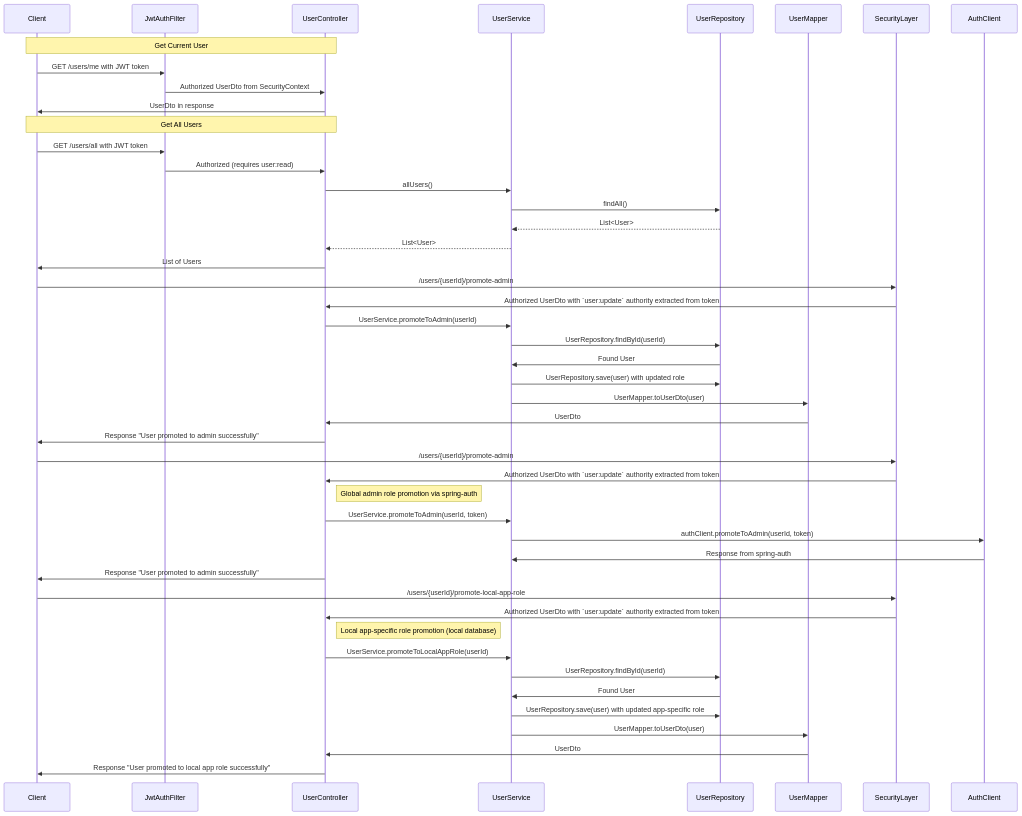
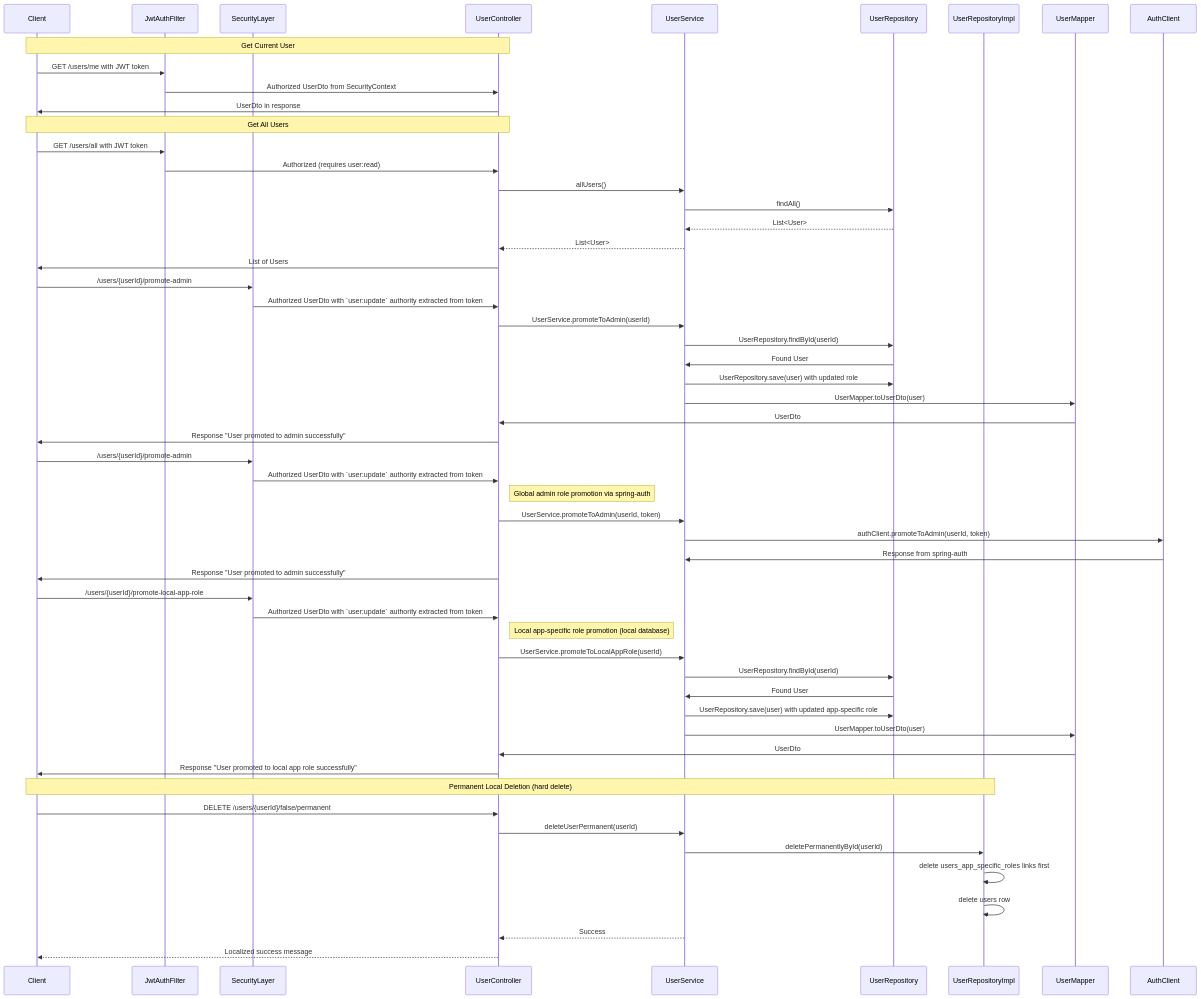
One commit to OrifInformatique/template_frontback changed the fifth of 7 diagrams in doc/process-documentation.md. Above: the diagram before and after it, drawn with Mermaid. The commit also changed other lines of this file and 35 other files, not shown here.

````diff
--- a/doc/process-documentation.md
+++ b/doc/process-documentation.md
@@ -282,51 +273,62 @@
 ```mermaid
 sequenceDiagram
     participant Client
     participant JwtAuthFilter
+    participant SecurityLayer
     participant UserController
     participant UserService
     participant UserRepository
+    participant UserRepositoryImpl
     participant UserMapper
 
     Note over Client,UserController: Get Current User
     Client->>JwtAuthFilter: GET /users/me with JWT token
     JwtAuthFilter->>UserController: Authorized UserDto from SecurityContext
     UserController->>Client: UserDto in response
 
     Note over Client,UserController: Get All Users
     Client->>JwtAuthFilter: GET /users/all with JWT token
     JwtAuthFilter->>UserController: Authorized (requires user:read)
     UserController->>UserService: allUsers()
     UserService->>UserRepository: findAll()
     UserRepository-->>UserService: List<User>
     UserService-->>UserController: List<User>
     UserController->>Client: List of Users
 
     Client->>SecurityLayer: /users/{userId}/promote-admin
     SecurityLayer->>UserController: Authorized UserDto with `user:update` authority extracted from token
     UserController->>UserService: UserService.promoteToAdmin(userId)
     UserService->>UserRepository: UserRepository.findById(userId)
     UserRepository->>UserService: Found User
     UserService->>UserRepository: UserRepository.save(user) with updated role
     UserService->>UserMapper: UserMapper.toUserDto(user)
     UserMapper->>UserController: UserDto
     UserController->>Client: Response "User promoted to admin successfully"
     Client->>SecurityLayer: /users/{userId}/promote-admin
     SecurityLayer->>UserController: Authorized UserDto with `user:update` authority extracted from token
     note right of UserController: Global admin role promotion via spring-auth
     UserController->>UserService: UserService.promoteToAdmin(userId, token)
     UserService->>AuthClient: authClient.promoteToAdmin(userId, token)
     AuthClient->>UserService: Response from spring-auth
     UserController->>Client: Response "User promoted to admin successfully"
 
     Client->>SecurityLayer: /users/{userId}/promote-local-app-role
     SecurityLayer->>UserController: Authorized UserDto with `user:update` authority extracted from token
     note right of UserController: Local app-specific role promotion (local database)
     UserController->>UserService: UserService.promoteToLocalAppRole(userId)
     UserService->>UserRepository: UserRepository.findById(userId)
     UserRepository->>UserService: Found User
     UserService->>UserRepository: UserRepository.save(user) with updated app-specific role
     UserService->>UserMapper: UserMapper.toUserDto(user)
     UserMapper->>UserController: UserDto
     UserController->>Client: Response "User promoted to local app role successfully"
+
+    Note over Client,UserRepositoryImpl: Permanent Local Deletion (hard delete)
+    Client->>UserController: DELETE /users/{userId}/false/permanent
+    UserController->>UserService: deleteUserPermanent(userId)
+    UserService->>UserRepositoryImpl: deletePermanentlyById(userId)
+    UserRepositoryImpl->>UserRepositoryImpl: delete users_app_specific_roles links first
+    UserRepositoryImpl->>UserRepositoryImpl: delete users row
+    UserService-->>UserController: Success
+    UserController-->>Client: Localized success message
 ```
````
